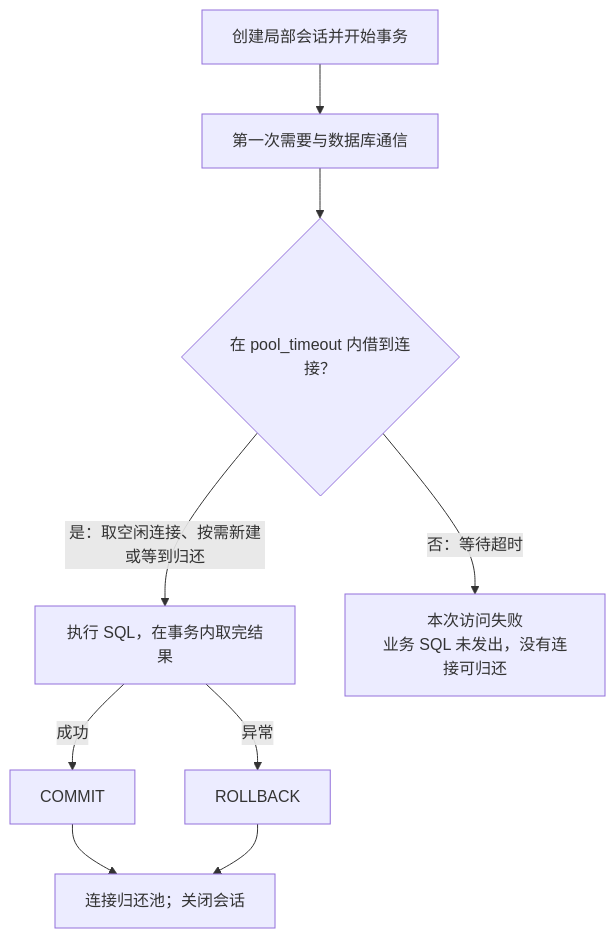
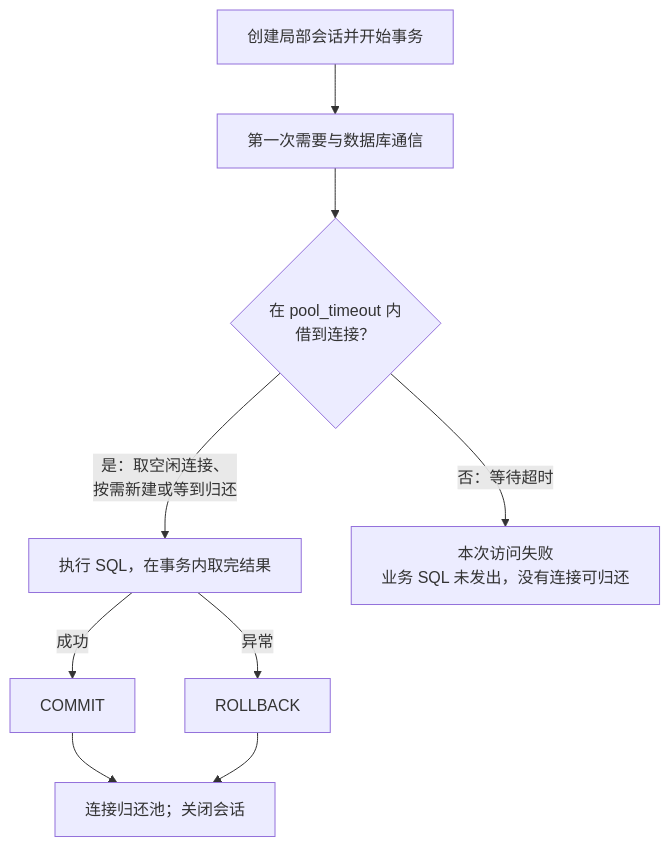
The diagram in engineering-foundations/data/orm-sessions-and-connection-pools.md (Negronii/MyNotes), drawn with Mermaid before and after one commit. The commit also changed 220 other files, not shown here.

First line of the commit message:
Replace prose-heavy explanations with figures and fix existing diagrams

````diff
--- a/engineering-foundations/data/orm-sessions-and-connection-pools.md
+++ b/engineering-foundations/data/orm-sessions-and-connection-pools.md
@@ -35,11 +35,12 @@
 ```mermaid
+%%{init: {"flowchart": {"wrappingWidth": 320}}}%%
 flowchart TD
     Start[创建局部会话并开始事务] --> Need[第一次需要与数据库通信]
-    Need --> Pool{在 pool_timeout 内借到连接？}
-    Pool -->|是：取空闲连接、按需新建或等到归还| Q[执行 SQL，在事务内取完结果]
+    Need --> Pool{"在 pool_timeout 内<br/>借到连接？"}
+    Pool -->|"是：取空闲连接、<br/>按需新建或等到归还"| Q[执行 SQL，在事务内取完结果]
     Pool -->|否：等待超时| Timeout[本次访问失败<br/>业务 SQL 未发出，没有连接可归还]
     Q -->|成功| C[COMMIT]
     Q -->|异常| R[ROLLBACK]
     C --> Close[连接归还池；关闭会话]
     R --> Close
 ```
````
